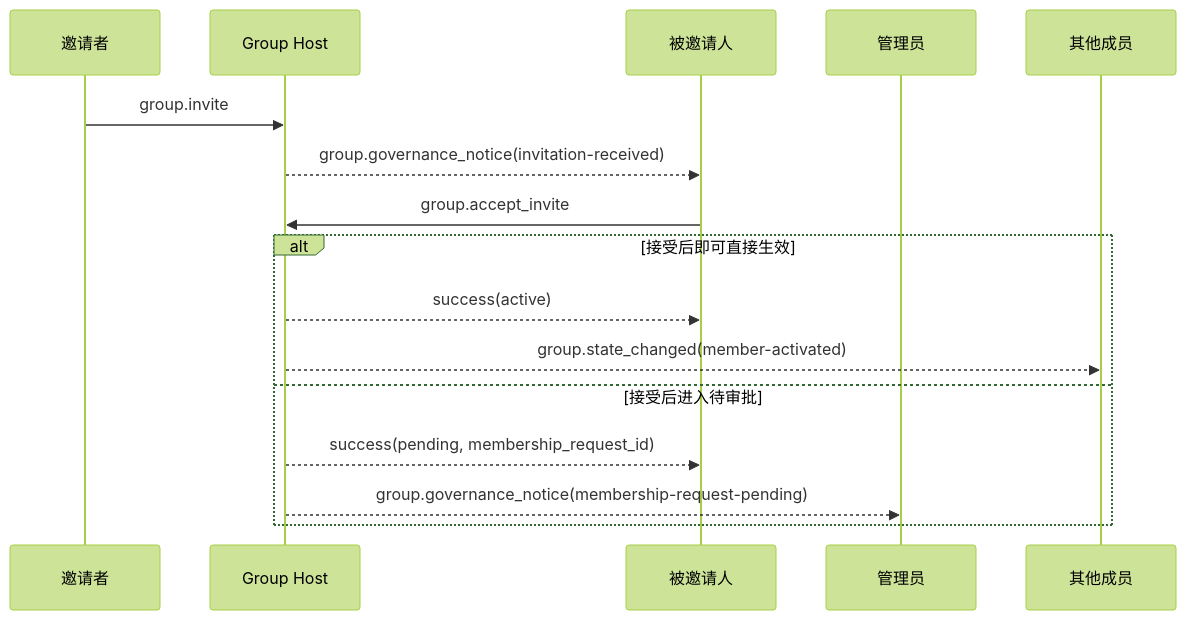
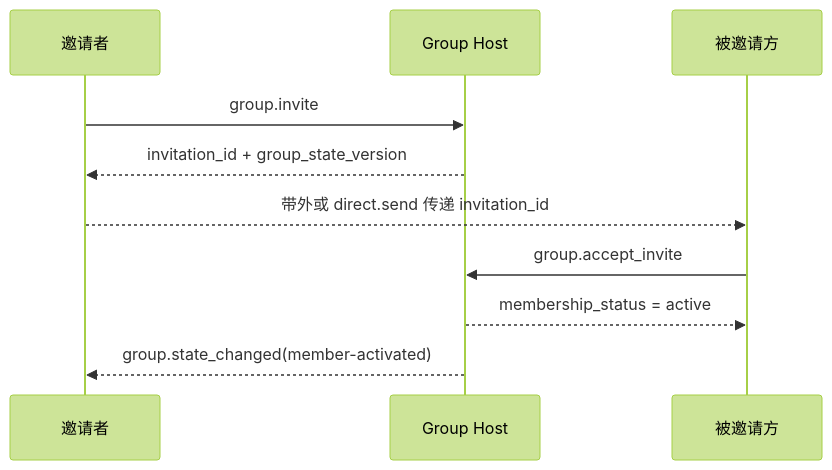
One commit to NeatNerdPrime/AgentNetworkProtocol changed the second of 5 diagrams in chinese/message/04-群组基础语义.md. Above: the diagram before and after it, drawn with Mermaid (forest theme). The commit also changed other lines of this file and 3 other files, not shown here.

Commit message:
Simplify the group protocol into a streamlined version

````diff
--- a/chinese/message/04-群组基础语义.md
+++ b/chinese/message/04-群组基础语义.md
@@ -1267,19 +1028,13 @@
 ```mermaid
 sequenceDiagram
-    participant Inviter as 邀请者
-    participant Host as Group Host
-    participant Invitee as 被邀请人
-    participant Admin as 管理员
-    participant Members as 其他成员
+    participant A as 邀请者
+    participant H as Group Host
+    participant B as 被邀请方
 
-    Inviter->>Host: group.invite
-    Host-->>Invitee: group.governance_notice(invitation-received)
-    Invitee->>Host: group.accept_invite
-    alt 接受后即可直接生效
-        Host-->>Invitee: success(active)
-        Host-->>Members: group.state_changed(member-activated)
-    else 接受后进入待审批
-        Host-->>Invitee: success(pending, membership_request_id)
-        Host-->>Admin: group.governance_notice(membership-request-pending)
-    end
+    A->>H: group.invite
+    H-->>A: invitation_id + group_state_version
+    A-->>B: 带外或 direct.send 传递 invitation_id
+    B->>H: group.accept_invite
+    H-->>B: membership_status = active
+    H-->>A: group.state_changed(member-activated)
 ```
````
